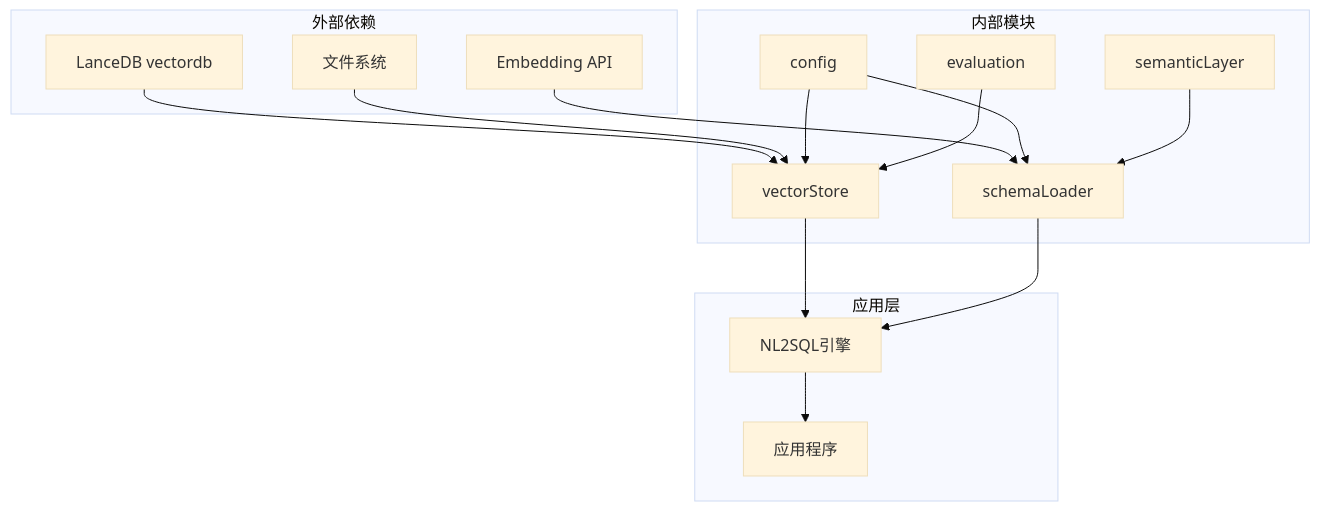
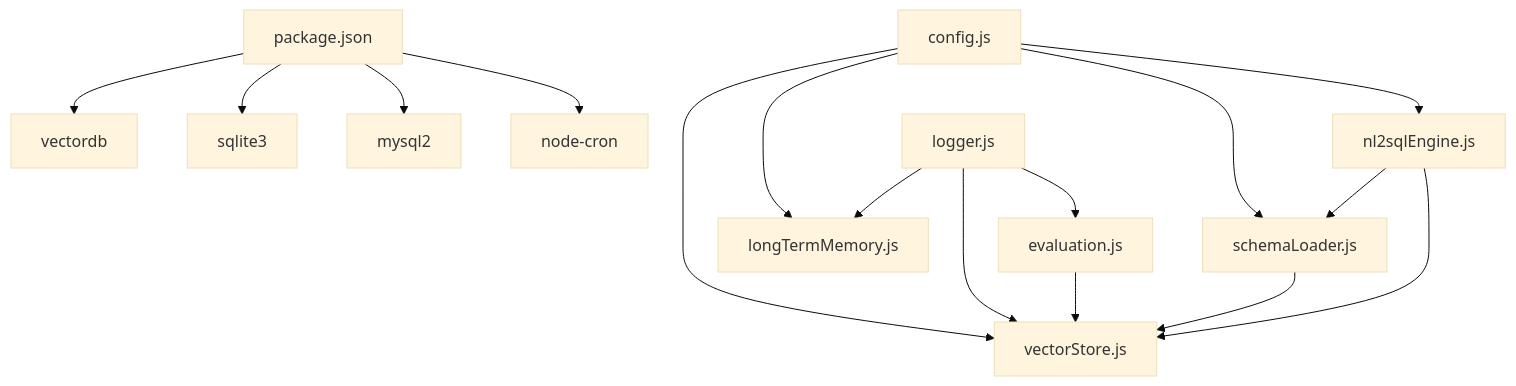
One commit to HanHuiOnLine/724-office changed the ninth of 9 diagrams in NL2SQL/.qoder/repowiki/zh/content/记忆系统/向量存储系统.md. Above: the diagram before and after it, drawn with Mermaid (base theme). The commit also changed other lines of this file and 203 other files, not shown here.

````diff
--- a/NL2SQL/.qoder/repowiki/zh/content/记忆系统/向量存储系统.md
+++ b/NL2SQL/.qoder/repowiki/zh/content/记忆系统/向量存储系统.md
@@ -367,29 +303,18 @@
 ```mermaid
 graph TB
-subgraph "外部依赖"
-LDB[LanceDB vectordb]
-EMB[Embedding API]
-FS[文件系统]
-end
-subgraph "内部模块"
-VS[vectorStore]
-SL[schemaLoader]
-CFG[config]
-EVAL[evaluation]
-SEM[semanticLayer]
-end
-subgraph "应用层"
-NLE[NL2SQL引擎]
-APP[应用程序]
-end
-LDB --> VS
-EMB --> SL
-FS --> VS
-CFG --> VS
-CFG --> SL
-EVAL --> VS
-SEM --> SL
-VS --> NLE
-SL --> NLE
-NLE --> APP
+P[package.json] --> V[vectordb]
+P --> S[sqlite3]
+P --> M[mysql2]
+P --> C[node-cron]
+Config[config.js] --> Engine[nl2sqlEngine.js]
+Config --> Loader[schemaLoader.js]
+Config --> Vector[vectorStore.js]
+Config --> LTM[longTermMemory.js]
+Logger[logger.js] --> Vector
+Logger --> LTM
+Logger --> Eval[evaluation.js]
+Eval --> Vector
+Loader --> Vector
+Engine --> Loader
+Engine --> Vector
 ```
````
